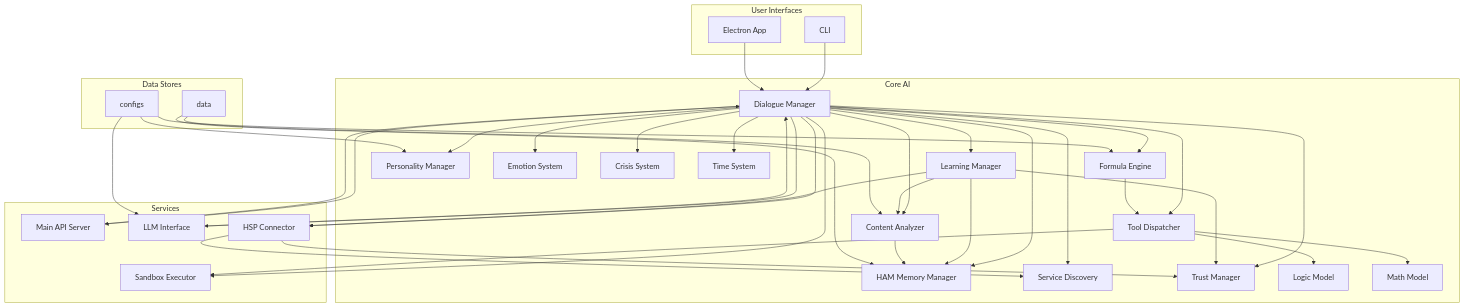
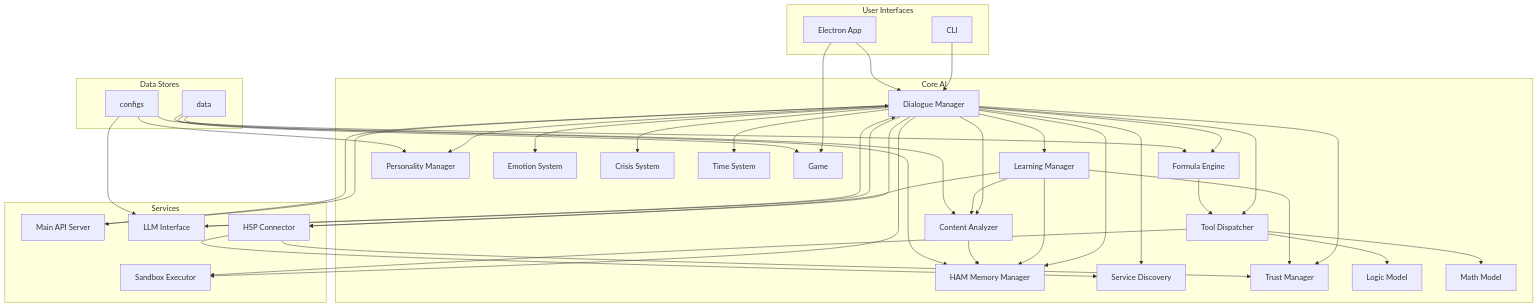
Before and after one commit to catcatAI/Unified-AI-Project: the diagram in docs/technical_design/architecture/logic_diagram.md, drawn with Mermaid. The commit also changed 20 other files, not shown here.

````diff
--- a/docs/technical_design/architecture/logic_diagram.md
+++ b/docs/technical_design/architecture/logic_diagram.md
@@ -20,6 +20,7 @@
         N[Trust Manager]
         LM[Logic Model]
         MM[Math Model]
+        GAME[Game]
     end
 
     subgraph Services
@@ -36,6 +37,7 @@
 
     A --> C
     B --> C
+    B --> GAME
 
     C --> D
     C --> E
@@ -80,4 +82,5 @@
 
     T --> E
     T --> L
+    T --> GAME
 ```
````
